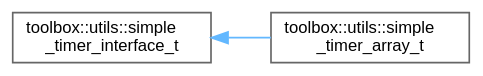
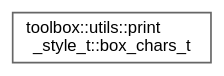
The diagram in inherit_graph_94.dot (nerdneilsfield/cpp-toolbox), drawn with Graphviz before and after one commit. The commit also changed 158 other files, not shown here.

```diff
--- a/inherit_graph_94.dot
+++ b/inherit_graph_94.dot
@@ -1,11 +1,9 @@
 digraph "Graphical Class Hierarchy"
 {
  // LATEX_PDF_SIZE
   bgcolor="transparent";
   edge [fontname=Helvetica,fontsize=10,labelfontname=Helvetica,labelfontsize=10];
   node [fontname=Helvetica,fontsize=10,shape=box,height=0.2,width=0.4];
   rankdir="LR";
-  Node0 [id="Node000000",label="toolbox::utils::simple\l_timer_interface_t",height=0.2,width=0.4,color="grey40", fillcolor="white", style="filled",URL="$classtoolbox_1_1utils_1_1simple__timer__interface__t.html",tooltip="Interface for managing a collection of timers."];
-  Node0 -> Node1 [id="edge57_Node000000_Node000001",dir="back",color="steelblue1",style="solid",tooltip=" "];
-  Node1 [id="Node000001",label="toolbox::utils::simple\l_timer_array_t",height=0.2,width=0.4,color="grey40", fillcolor="white", style="filled",URL="$classtoolbox_1_1utils_1_1simple__timer__array__t.html",tooltip="Concrete implementation of simple_timer_interface_t using an array of timers."];
+  Node0 [id="Node000000",label="toolbox::utils::print\l_style_t::box_chars_t",height=0.2,width=0.4,color="grey40", fillcolor="white", style="filled",URL="$structtoolbox_1_1utils_1_1print__style__t_1_1box__chars__t.html",tooltip=" "];
 }
```
